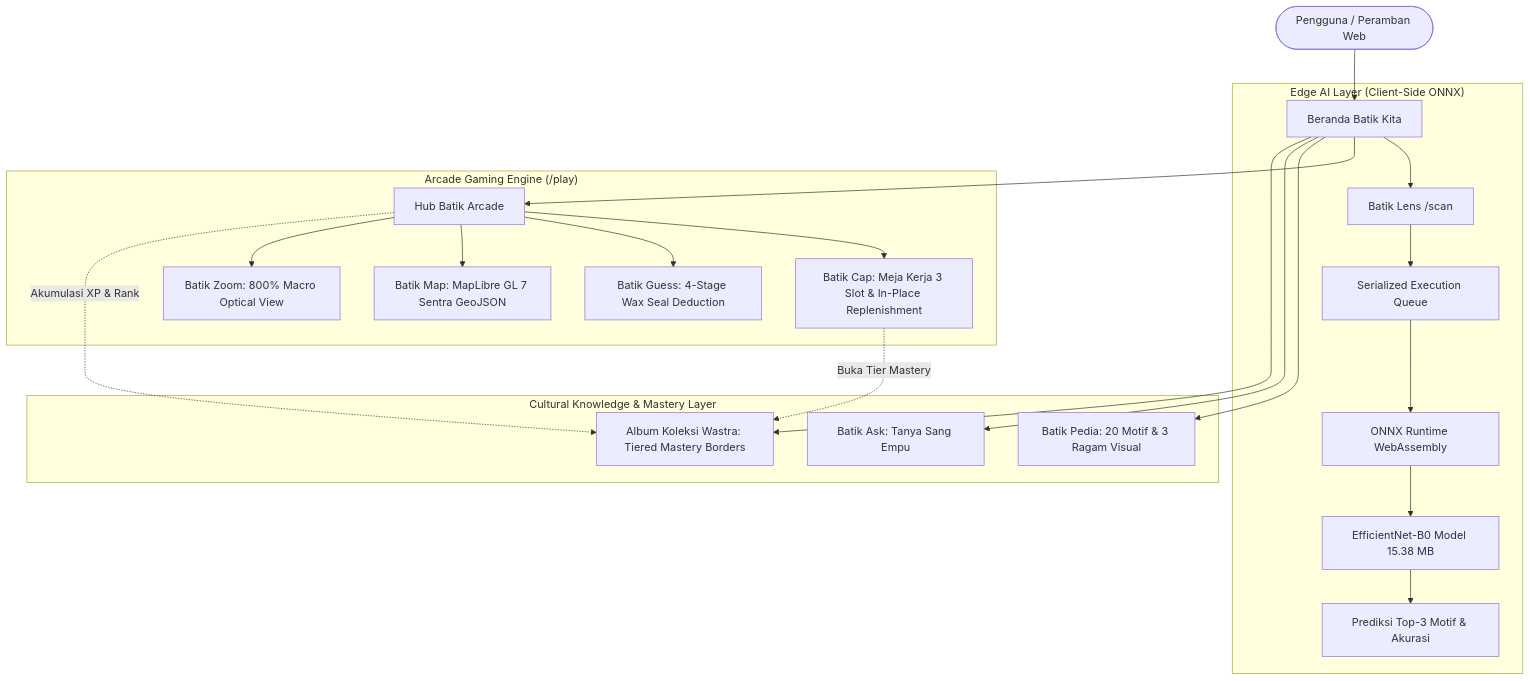
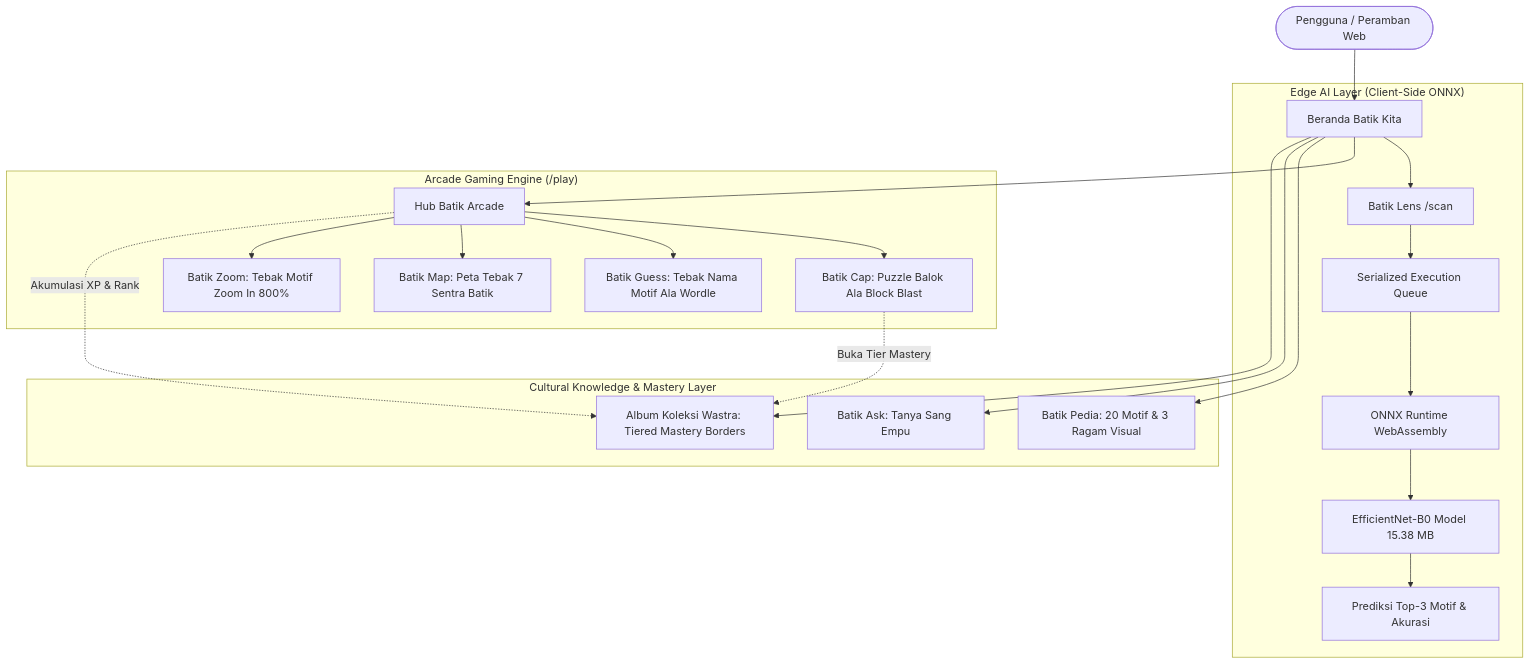
The diagram in README.md (Rkaaaa404/BatikKita), drawn with Mermaid before and after one commit. The commit also changed other lines of this file, not shown here.

Commit message:
docs: ground arcade game descriptions in actual gameplay mechanics

````diff
--- a/README.md
+++ b/README.md
@@ -50,28 +50,28 @@
 ```mermaid
 graph TD
     User([Pengguna / Peramban Web]) --> Landing[Beranda Batik Kita]
     
     subgraph "Edge AI Layer (Client-Side ONNX)"
         Landing --> Lens[Batik Lens /scan]
         Lens --> Queue[Serialized Execution Queue]
         Queue --> WasmEngine[ONNX Runtime WebAssembly]
         WasmEngine --> Model[EfficientNet-B0 Model 15.38 MB]
         Model --> InferenceResult[Prediksi Top-3 Motif & Akurasi]
     end
     
     subgraph "Arcade Gaming Engine (/play)"
         Landing --> ArcadeHub[Hub Batik Arcade]
-        ArcadeHub --> Cap[Batik Cap: Meja Kerja 3 Slot & In-Place Replenishment]
-        ArcadeHub --> Guess[Batik Guess: 4-Stage Wax Seal Deduction]
-        ArcadeHub --> MapGame[Batik Map: MapLibre GL 7 Sentra GeoJSON]
-        ArcadeHub --> ZoomGame[Batik Zoom: 800% Macro Optical View]
+        ArcadeHub --> Cap[Batik Cap: Puzzle Balok Ala Block Blast]
+        ArcadeHub --> Guess[Batik Guess: Tebak Nama Motif Ala Wordle]
+        ArcadeHub --> MapGame[Batik Map: Peta Tebak 7 Sentra Batik]
+        ArcadeHub --> ZoomGame[Batik Zoom: Tebak Motif Zoom In 800%]
     end
     
     subgraph "Cultural Knowledge & Mastery Layer"
         Landing --> Pedia[Batik Pedia: 20 Motif & 3 Ragam Visual]
         Landing --> Ask[Batik Ask: Tanya Sang Empu]
         Landing --> Collection[Album Koleksi Wastra: Tiered Mastery Borders]
         Cap -.->|Buka Tier Mastery| Collection
         ArcadeHub -.->|Akumulasi XP & Rank| Collection
     end
 ```
````
